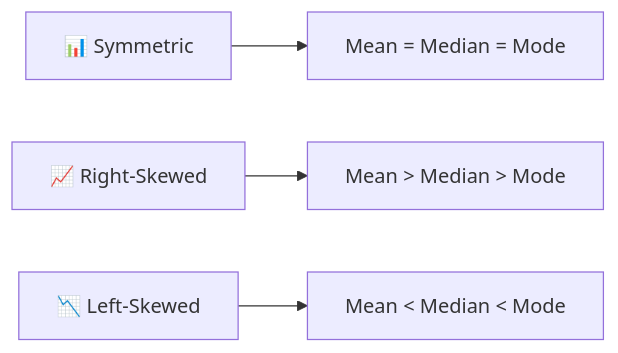
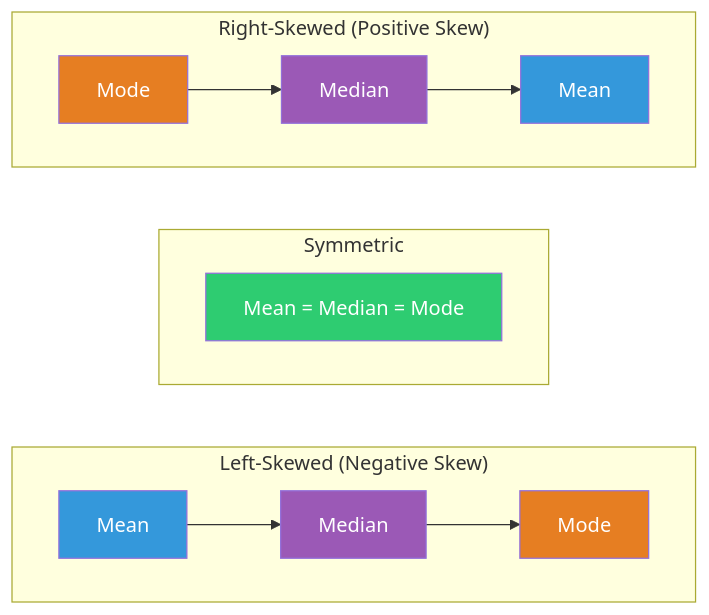
Before and after one commit to muhammadsalek/statistics-for-scientists: the sixth of 10 diagrams in 02-central-tendency.md, drawn with Mermaid. The commit also changed other lines of this file, not shown here.

````diff
--- a/02-central-tendency.md
+++ b/02-central-tendency.md
@@ -286,6 +200,23 @@
 ```mermaid
 graph LR
-    A["📊 Symmetric"] --> B["Mean = Median = Mode"]
-    C["📈 Right-Skewed"] --> D["Mean > Median > Mode"]
-    E["📉 Left-Skewed"] --> F["Mean < Median < Mode"]
+    subgraph Left["Left-Skewed (Negative Skew)"]
+        direction LR
+        L1[Mean] --> L2[Median] --> L3[Mode]
+    end
+    subgraph Sym["Symmetric"]
+        direction LR
+        S1[Mean = Median = Mode]
+    end
+    subgraph Right["Right-Skewed (Positive Skew)"]
+        direction LR
+        R1[Mode] --> R2[Median] --> R3[Mean]
+    end
+
+    style L1 fill:#3498db,color:#fff
+    style L2 fill:#9b59b6,color:#fff
+    style L3 fill:#e67e22,color:#fff
+    style S1 fill:#2ecc71,color:#fff
+    style R1 fill:#e67e22,color:#fff
+    style R2 fill:#9b59b6,color:#fff
+    style R3 fill:#3498db,color:#fff
 ```
````
